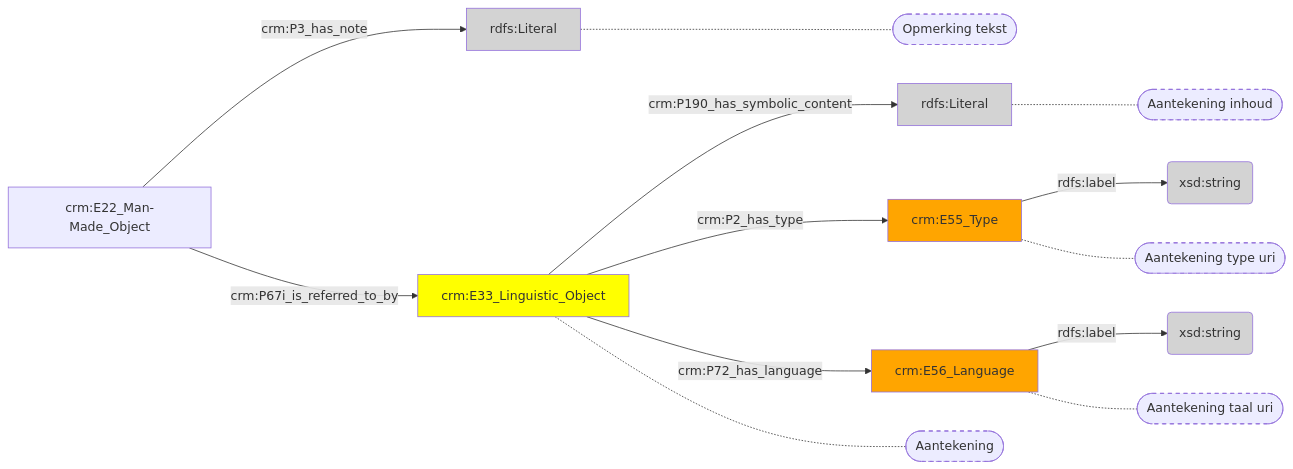
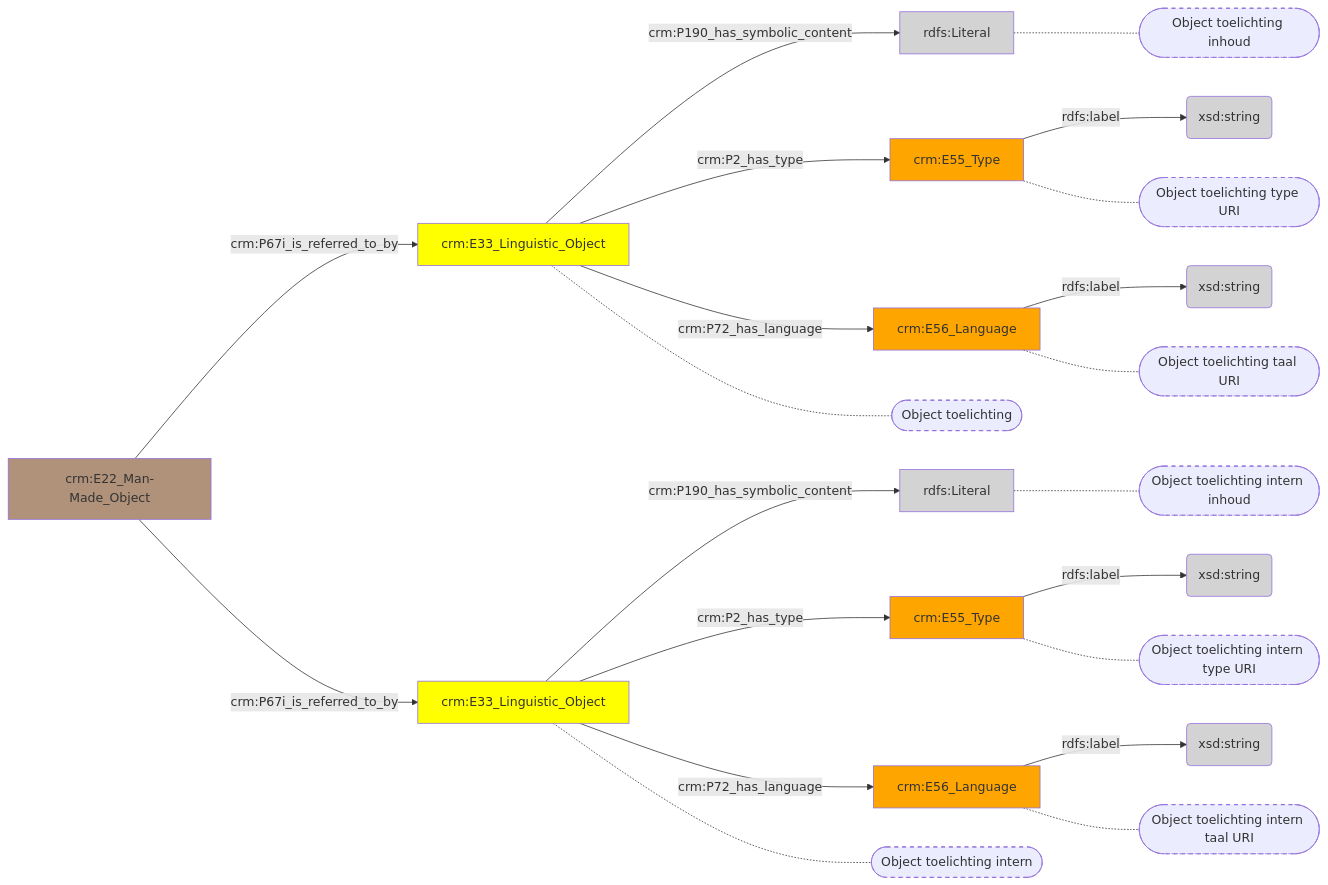
The diagram in docs/content/modellen/BibliographicalItem/Aantekeningen.md (digipolisantwerpdocumentation/antwerp-cultureel-erfgoed), drawn with Mermaid before and after one commit. The commit also changed 29 other files, not shown here.

````diff
--- a/docs/content/modellen/BibliographicalItem/Aantekeningen.md
+++ b/docs/content/modellen/BibliographicalItem/Aantekeningen.md
@@ -1,27 +1,44 @@
 ```mermaid
 graph LR
-099f196c-df80-11ed-9232-00163e71351b["crm:E22_Man-Made_Object"]-->|"crm:P3_has_note"|3725e56e-df80-11ed-9655-00163e71351b(rdfs:Literal)
 35eb661e-ee5e-11ed-a1e6-00163e71351b["crm:E33_Linguistic_Object"]-->|"crm:P190_has_symbolic_content"|35eb71cc-ee5e-11ed-a1e6-00163e71351b(rdfs:Literal)
 35eb6d76-ee5e-11ed-a1e6-00163e71351b["crm:E55_Type"]-->|"rdfs:label"|35eb7578-ee5e-11ed-a1e6-00163e71351b(xsd:string)
 35eb6fce-ee5e-11ed-a1e6-00163e71351b["crm:E56_Language"]-->|"rdfs:label"|35eb73ac-ee5e-11ed-a1e6-00163e71351b(xsd:string)
+ec731270-62b6-11ee-b0c4-00163e71351b["crm:E33_Linguistic_Object"]-->|"crm:P190_has_symbolic_content"|ec731838-62b6-11ee-b0c4-00163e71351b(rdfs:Literal)
+ec731608-62b6-11ee-b0c4-00163e71351b["crm:E55_Type"]-->|"rdfs:label"|ec731a04-62b6-11ee-b0c4-00163e71351b(xsd:string)
+ec73173e-62b6-11ee-b0c4-00163e71351b["crm:E56_Language"]-->|"rdfs:label"|ec73191e-62b6-11ee-b0c4-00163e71351b(xsd:string)
 099f196c-df80-11ed-9232-00163e71351b["crm:E22_Man-Made_Object"]-->|"crm:P67i_is_referred_to_by"|35eb661e-ee5e-11ed-a1e6-00163e71351b["crm:E33_Linguistic_Object"]
+099f196c-df80-11ed-9232-00163e71351b["crm:E22_Man-Made_Object"]-->|"crm:P67i_is_referred_to_by"|ec731270-62b6-11ee-b0c4-00163e71351b["crm:E33_Linguistic_Object"]
 35eb661e-ee5e-11ed-a1e6-00163e71351b["crm:E33_Linguistic_Object"]-->|"crm:P2_has_type"|35eb6d76-ee5e-11ed-a1e6-00163e71351b["crm:E55_Type"]
 35eb661e-ee5e-11ed-a1e6-00163e71351b["crm:E33_Linguistic_Object"]-->|"crm:P72_has_language"|35eb6fce-ee5e-11ed-a1e6-00163e71351b["crm:E56_Language"]
-style 3725e56e-df80-11ed-9655-00163e71351b_s stroke-dasharray: 5
+ec731270-62b6-11ee-b0c4-00163e71351b["crm:E33_Linguistic_Object"]-->|"crm:P2_has_type"|ec731608-62b6-11ee-b0c4-00163e71351b["crm:E55_Type"]
+ec731270-62b6-11ee-b0c4-00163e71351b["crm:E33_Linguistic_Object"]-->|"crm:P72_has_language"|ec73173e-62b6-11ee-b0c4-00163e71351b["crm:E56_Language"]
+35eb661e-ee5e-11ed-a1e6-00163e71351b["crm:E33_Linguistic_Object"]-.-35eb661e-ee5e-11ed-a1e6-00163e71351b_s(["Object toelichting"])
+ec731270-62b6-11ee-b0c4-00163e71351b["crm:E33_Linguistic_Object"]-.-ec731270-62b6-11ee-b0c4-00163e71351b_s(["Object toelichting intern"])
+35eb71cc-ee5e-11ed-a1e6-00163e71351b["rdfs:Literal"]-.-35eb71cc-ee5e-11ed-a1e6-00163e71351b_s(["Object toelichting inhoud"])
+35eb6d76-ee5e-11ed-a1e6-00163e71351b["crm:E55_Type"]-.-35eb6d76-ee5e-11ed-a1e6-00163e71351b_s(["Object toelichting type URI"])
+35eb6fce-ee5e-11ed-a1e6-00163e71351b["crm:E56_Language"]-.-35eb6fce-ee5e-11ed-a1e6-00163e71351b_s(["Object toelichting taal URI"])
+ec731838-62b6-11ee-b0c4-00163e71351b["rdfs:Literal"]-.-ec731838-62b6-11ee-b0c4-00163e71351b_s(["Object toelichting intern inhoud"])
+ec731608-62b6-11ee-b0c4-00163e71351b["crm:E55_Type"]-.-ec731608-62b6-11ee-b0c4-00163e71351b_s(["Object toelichting intern type URI"])
+ec73173e-62b6-11ee-b0c4-00163e71351b["crm:E56_Language"]-.-ec73173e-62b6-11ee-b0c4-00163e71351b_s(["Object toelichting intern taal URI"])
 style 35eb661e-ee5e-11ed-a1e6-00163e71351b_s stroke-dasharray: 5
+style ec731270-62b6-11ee-b0c4-00163e71351b_s stroke-dasharray: 5
 style 35eb71cc-ee5e-11ed-a1e6-00163e71351b_s stroke-dasharray: 5
 style 35eb6d76-ee5e-11ed-a1e6-00163e71351b_s stroke-dasharray: 5
 style 35eb6fce-ee5e-11ed-a1e6-00163e71351b_s stroke-dasharray: 5
-3725e56e-df80-11ed-9655-00163e71351b["rdfs:Literal"]-.-3725e56e-df80-11ed-9655-00163e71351b_s(["Opmerking tekst"])
-35eb661e-ee5e-11ed-a1e6-00163e71351b["crm:E33_Linguistic_Object"]-.-35eb661e-ee5e-11ed-a1e6-00163e71351b_s(["Aantekening"])
-35eb71cc-ee5e-11ed-a1e6-00163e71351b["rdfs:Literal"]-.-35eb71cc-ee5e-11ed-a1e6-00163e71351b_s(["Aantekening inhoud"])
-35eb6d76-ee5e-11ed-a1e6-00163e71351b["crm:E55_Type"]-.-35eb6d76-ee5e-11ed-a1e6-00163e71351b_s(["Aantekening type uri"])
-35eb6fce-ee5e-11ed-a1e6-00163e71351b["crm:E56_Language"]-.-35eb6fce-ee5e-11ed-a1e6-00163e71351b_s(["Aantekening taal uri"])
+style ec731838-62b6-11ee-b0c4-00163e71351b_s stroke-dasharray: 5
+style ec731608-62b6-11ee-b0c4-00163e71351b_s stroke-dasharray: 5
+style ec73173e-62b6-11ee-b0c4-00163e71351b_s stroke-dasharray: 5
+style 099f196c-df80-11ed-9232-00163e71351b fill:#B0927A
 style 35eb661e-ee5e-11ed-a1e6-00163e71351b fill:#ffff00
 style 35eb6d76-ee5e-11ed-a1e6-00163e71351b fill:#ffa500
 style 35eb6fce-ee5e-11ed-a1e6-00163e71351b fill:#ffa500
 style 35eb71cc-ee5e-11ed-a1e6-00163e71351b fill:#D3D3D3
 style 35eb73ac-ee5e-11ed-a1e6-00163e71351b fill:#D3D3D3
 style 35eb7578-ee5e-11ed-a1e6-00163e71351b fill:#D3D3D3
-style 3725e56e-df80-11ed-9655-00163e71351b fill:#D3D3D3
+style ec731270-62b6-11ee-b0c4-00163e71351b fill:#ffff00
+style ec731608-62b6-11ee-b0c4-00163e71351b fill:#ffa500
+style ec73173e-62b6-11ee-b0c4-00163e71351b fill:#ffa500
+style ec731838-62b6-11ee-b0c4-00163e71351b fill:#D3D3D3
+style ec73191e-62b6-11ee-b0c4-00163e71351b fill:#D3D3D3
+style ec731a04-62b6-11ee-b0c4-00163e71351b fill:#D3D3D3
 ```
````
